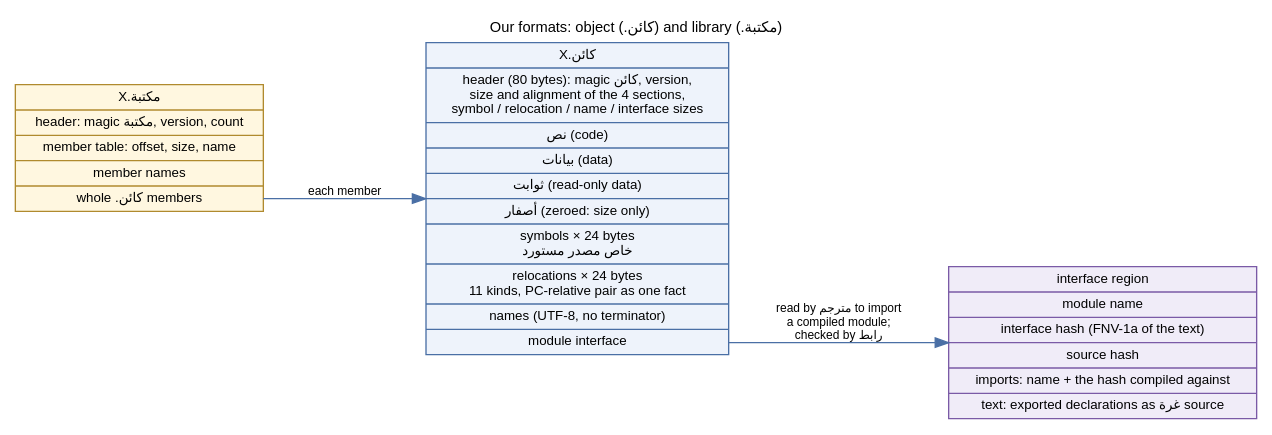
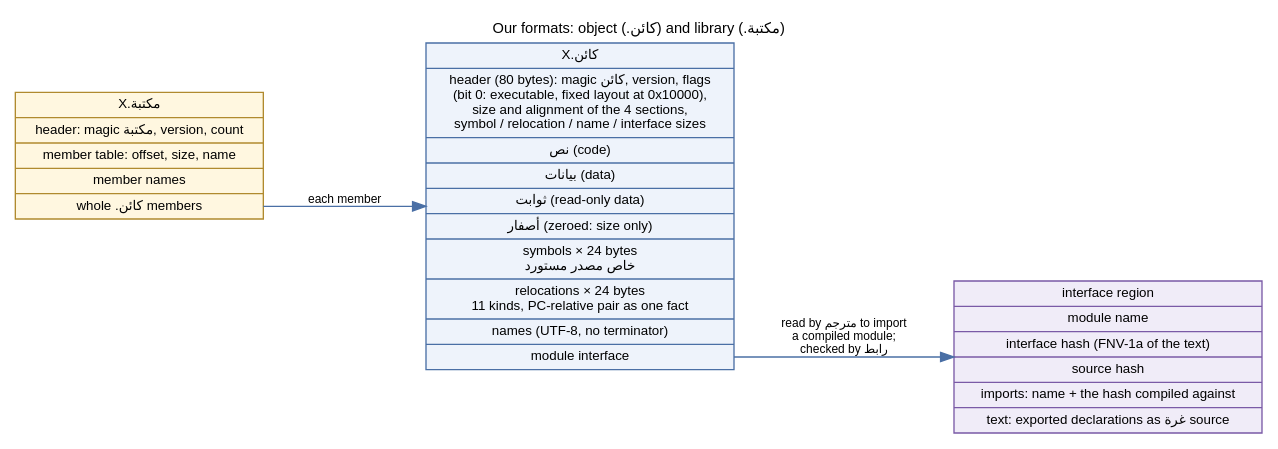
The diagram in docs/diagrams/objformat.dot (MahmoudEmad1491999/arabic-riscv-toolchain), drawn with Graphviz before and after one commit. The commit also changed 45 other files, not shown here.

```diff
--- a/docs/diagrams/objformat.dot
+++ b/docs/diagrams/objformat.dot
@@ -1,13 +1,13 @@
 // Our object and library formats (docs/spec-object.md).
 digraph objformat {
   graph [rankdir=LR, fontname="Helvetica", fontsize=11, nodesep=0.4, ranksep=0.8,
          label="Our formats: object (.كائن) and library (.مكتبة)", labelloc=t];
   node  [fontname="Helvetica", fontsize=10, shape=record, style="filled", fillcolor="#eef3fb", color="#4a6fa5"];
   edge  [fontname="Helvetica", fontsize=9, color="#4a6fa5"];
 
-  obj [label="X.كائن|header (80 bytes): magic كائن, version,\nsize and alignment of the 4 sections,\nsymbol / relocation / name / interface sizes|نص (code)|بيانات (data)|ثوابت (read-only data)|أصفار (zeroed: size only)|<s> symbols × 24 bytes\nخاص  مصدر  مستورد|<r> relocations × 24 bytes\n11 kinds, PC-relative pair as one fact|names (UTF-8, no terminator)|<i> module interface"];
+  obj [label="X.كائن|header (80 bytes): magic كائن, version, flags\n(bit 0: executable, fixed layout at 0x10000),\nsize and alignment of the 4 sections,\nsymbol / relocation / name / interface sizes|نص (code)|بيانات (data)|ثوابت (read-only data)|أصفار (zeroed: size only)|<s> symbols × 24 bytes\nخاص  مصدر  مستورد|<r> relocations × 24 bytes\n11 kinds, PC-relative pair as one fact|names (UTF-8, no terminator)|<i> module interface"];
   ifc [label="interface region|module name|interface hash (FNV-1a of the text)|source hash|imports: name + the hash compiled against|text: exported declarations as غرة source", fillcolor="#f0ecf8", color="#7a5aa6"];
   lib [label="X.مكتبة|header: magic مكتبة, version, count|member table: offset, size, name|member names|<m> whole .كائن members", fillcolor="#fff7e0", color="#b08a2e"];
   obj:i -> ifc [label="read by مترجم to import\na compiled module;\nchecked by رابط"];
   lib:m -> obj [label="each member"];
 }
```
